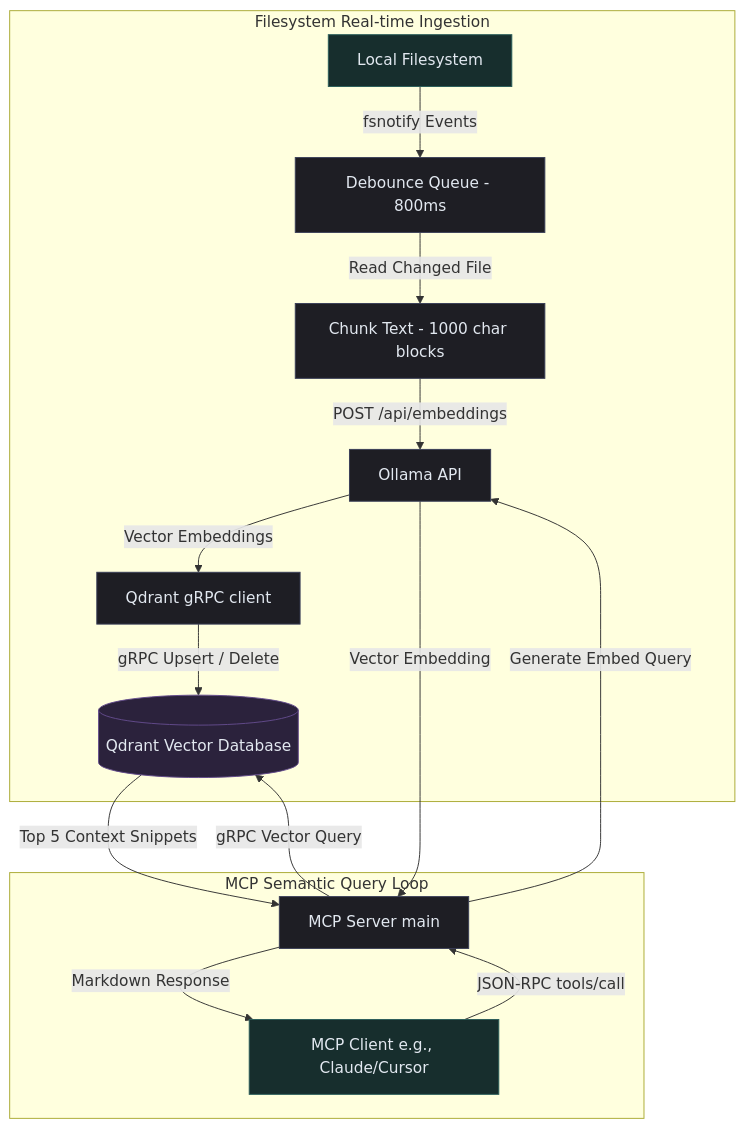
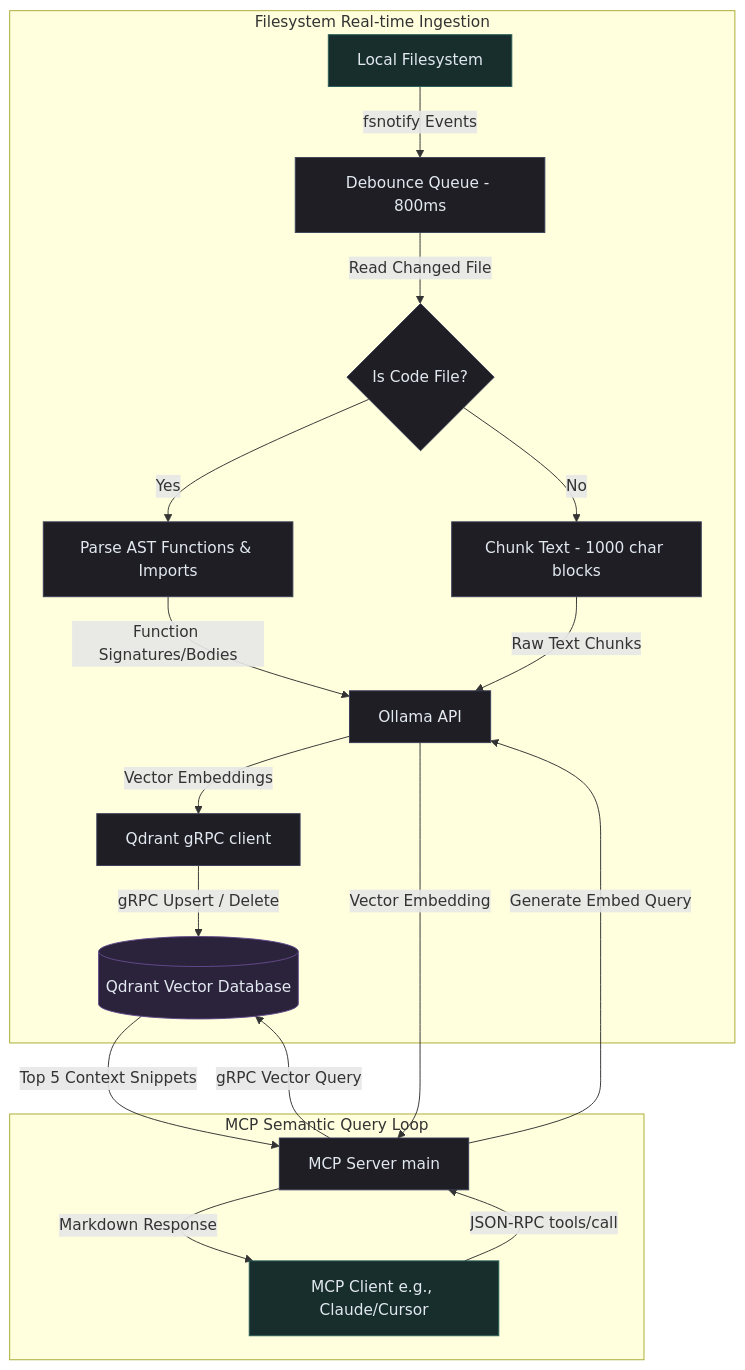
Before and after one commit to weverkley/qdrant-mcp-server: the diagram in README.md, drawn with Mermaid. The commit also changed other lines of this file and 9 other files, not shown here.

Commit message:
feat: Implement AST parser for code and doc

````diff
--- a/README.md
+++ b/README.md
@@ -17,27 +17,30 @@
 ```mermaid
 graph TD
     %% Filesystem Ingestion Stream
     subgraph Ingestion ["Filesystem Real-time Ingestion"]
         A[Local Filesystem] -->|fsnotify Events| B[Debounce Queue - 800ms]
-        B -->|Read Changed File| C[Chunk Text - 1000 char blocks]
-        C -->|POST /api/embeddings| D[Ollama API]
+        B -->|Read Changed File| C{Is Code File?}
+        C -->|Yes| C1[Parse AST Functions & Imports]
+        C -->|No| C2[Chunk Text - 1000 char blocks]
+        C1 -->|Function Signatures/Bodies| D[Ollama API]
+        C2 -->|Raw Text Chunks| D
         D -->|Vector Embeddings| E[Qdrant gRPC client]
         E -->|gRPC Upsert / Delete| F[(Qdrant Vector Database)]
     end
 
     %% MCP Query Stream
     subgraph Query ["MCP Semantic Query Loop"]
         G[MCP Client e.g., Claude/Cursor] -->|JSON-RPC tools/call| H[MCP Server main]
         H -->|Generate Embed Query| D
         D -->|Vector Embedding| H
         H -->|gRPC Vector Query| F
         F -->|Top 5 Context Snippets| H
         H -->|Markdown Response| G
     end
 
     classDef default fill:#1e1e24,stroke:#3a3f58,color:#e2e8f0;
     classDef database fill:#2b223c,stroke:#634b8c,color:#e2e8f0;
     classDef client fill:#172e2d,stroke:#2b5e5a,color:#e2e8f0;
     class F database;
     class G,A client;
 ```
````
